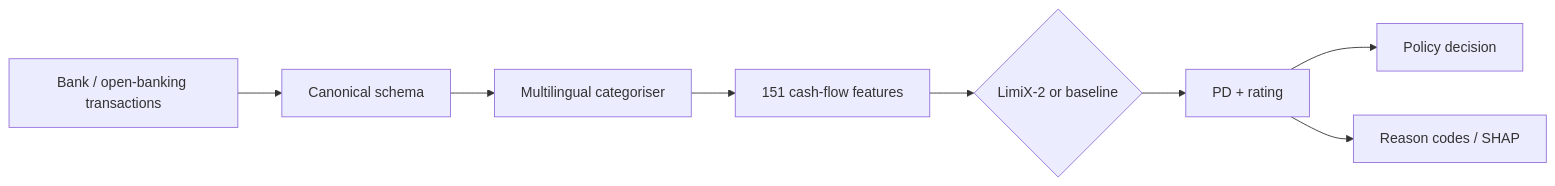
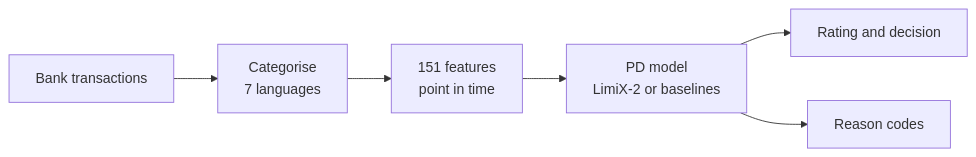
The diagram in README.md (youssbm/opencashflow), drawn with Mermaid before and after one commit. The commit also changed other lines of this file and 7 other files, not shown here.

````diff
--- a/README.md
+++ b/README.md
@@ -14,10 +18,8 @@
 ```mermaid
 flowchart LR
-    A[Bank / open-banking transactions] --> B[Canonical schema]
-    B --> C[Multilingual categoriser]
-    C --> D[151 cash-flow features]
-    D --> E{LimiX-2 or baseline}
-    E --> F[PD + rating]
-    F --> G[Policy decision]
-    F --> H[Reason codes / SHAP]
+    A[Bank transactions] --> B[Categorise<br/>7 languages]
+    B --> C[151 features<br/>point in time]
+    C --> D[PD model<br/>LimiX-2 or baselines]
+    D --> E[Rating and decision]
+    D --> F[Reason codes]
 ```
````
